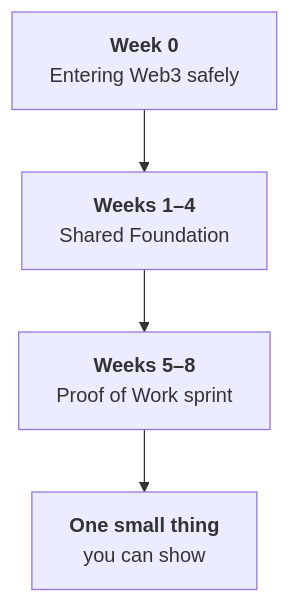
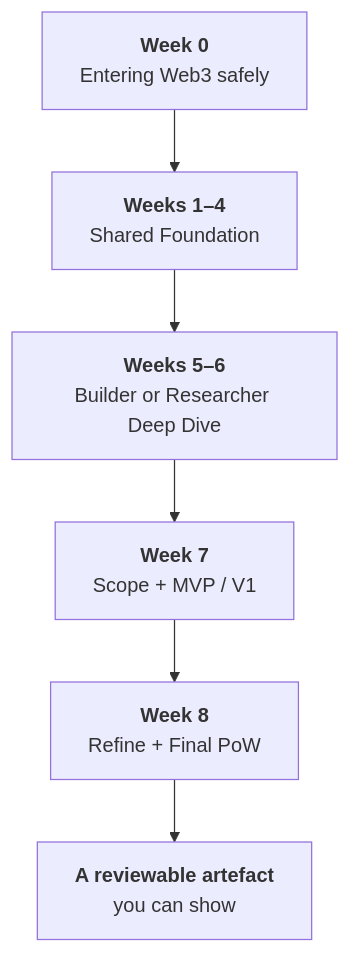
The diagram in docs/getting-started/welcome-and-setup.md (Blockchain-NTU-SG/academy-handbook), drawn with Mermaid before and after one commit. The commit also changed other lines of this file and 50 other files, not shown here.

First line of the commit message:
refactor(academy): finalize two-track curriculum architecture

````diff
--- a/docs/getting-started/welcome-and-setup.md
+++ b/docs/getting-started/welcome-and-setup.md
@@ -49,6 +50,8 @@
 ```mermaid
 flowchart TD
   W0["<b>Week 0</b><br/>Entering Web3 safely"] --> F["<b>Weeks 1–4</b><br/>Shared Foundation"]
-  F --> P["<b>Weeks 5–8</b><br/>Proof of Work sprint"]
-  P --> O["<b>One small thing</b><br/>you can show"]
+  F --> D["<b>Weeks 5–6</b><br/>Builder or Researcher Deep Dive"]
+  D --> P["<b>Week 7</b><br/>Scope + MVP / V1"]
+  P --> Q["<b>Week 8</b><br/>Refine + Final PoW"]
+  Q --> O["<b>A reviewable artefact</b><br/>you can show"]
 ```
````
